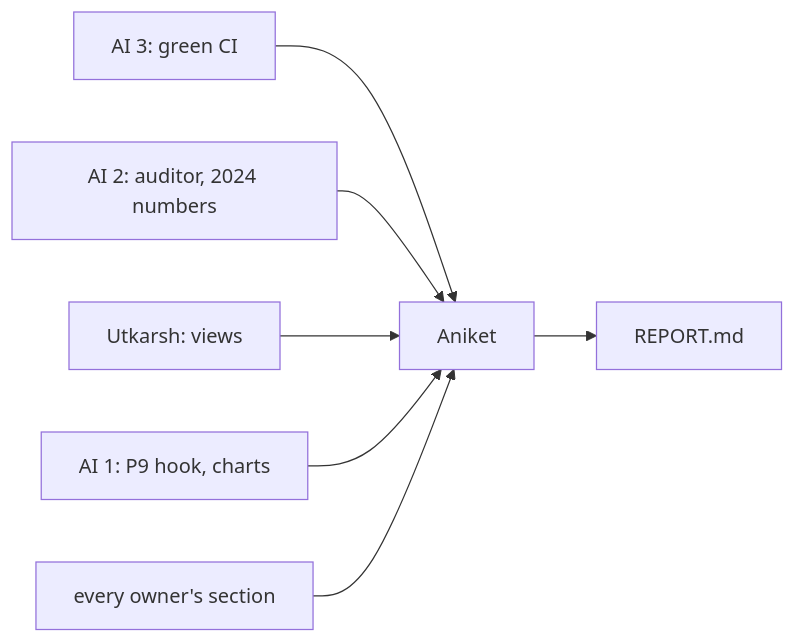
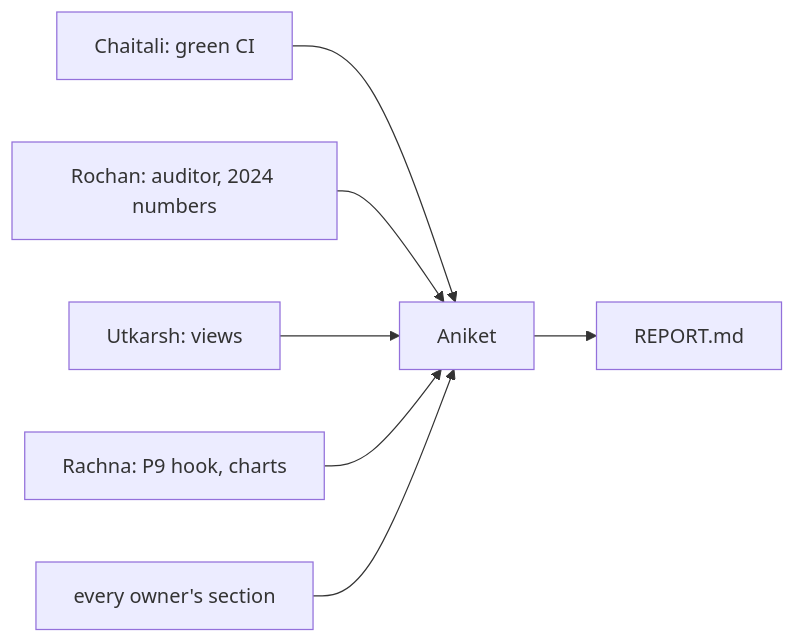
Before and after one commit to Itsme-aniketghosh/Meridian: the diagram in Model-Pipeline/packets/aniket-lead/README.md, drawn with Mermaid. The commit also changed other lines of this file and 7 other files, not shown here.

````diff
--- a/Model-Pipeline/packets/aniket-lead/README.md
+++ b/Model-Pipeline/packets/aniket-lead/README.md
@@ -12,9 +12,9 @@
 ```mermaid
 flowchart LR
-  ai3["AI 3: green CI"] --> me["Aniket"]
-  ai2["AI 2: auditor, 2024 numbers"] --> me
+  ai3["Chaitali: green CI"] --> me["Aniket"]
+  ai2["Rochan: auditor, 2024 numbers"] --> me
   ut["Utkarsh: views"] --> me
-  ai1["AI 1: P9 hook, charts"] --> me
+  ai1["Rachna: P9 hook, charts"] --> me
   sections["every owner's section"] --> me
   me --> rep["REPORT.md"]
 ```
````
